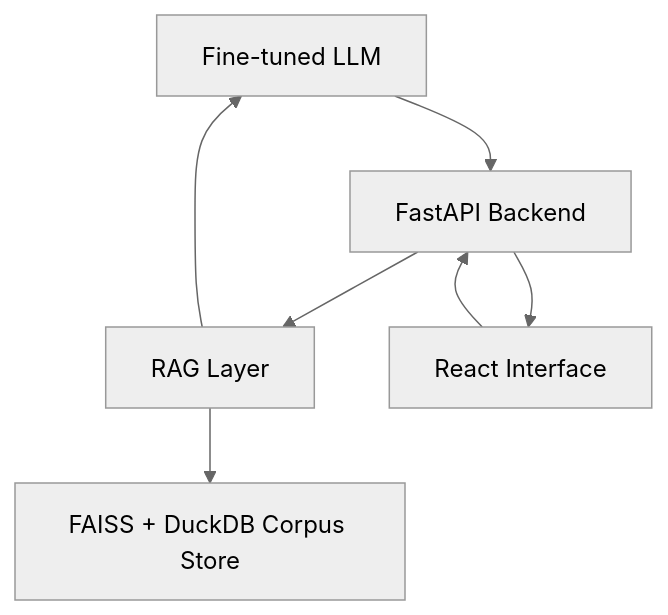
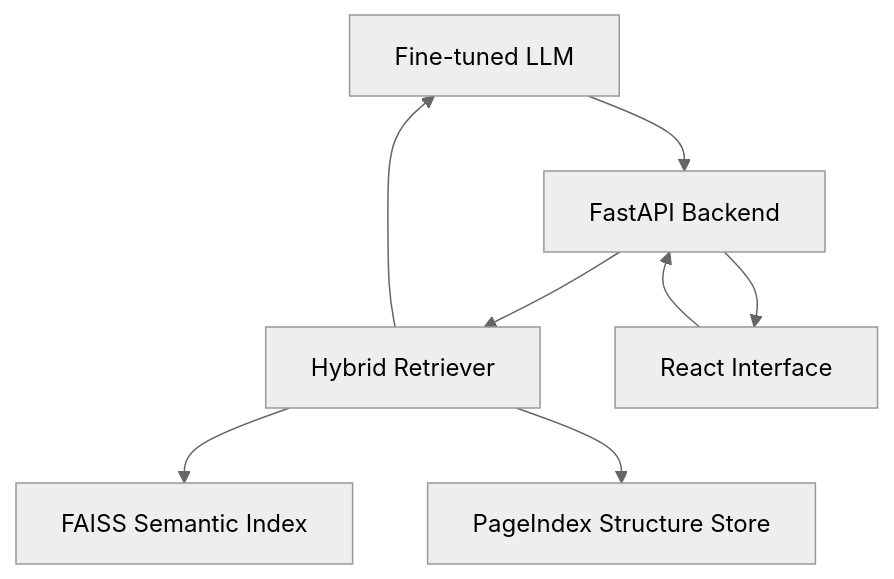
The diagram in README.md (dixitabhi1/nyay_sathi_backend), drawn with Mermaid (neutral theme) before and after one commit. The commit also changed other lines of this file and 16 other files, not shown here.

````diff
--- a/README.md
+++ b/README.md
@@ -17,15 +22,17 @@
 ```mermaid
 flowchart TD
     A[Fine-tuned LLM]
-    B[RAG Layer]
-    C[FAISS + DuckDB Corpus Store]
+    B[Hybrid Retriever]
+    C[FAISS Semantic Index]
+    F[PageIndex Structure Store]
     D[FastAPI Backend]
     E[React Interface]
 
     E --> D
     D --> B
     B --> C
+    B --> F
     B --> A
     A --> D
     D --> E
 ```
````
